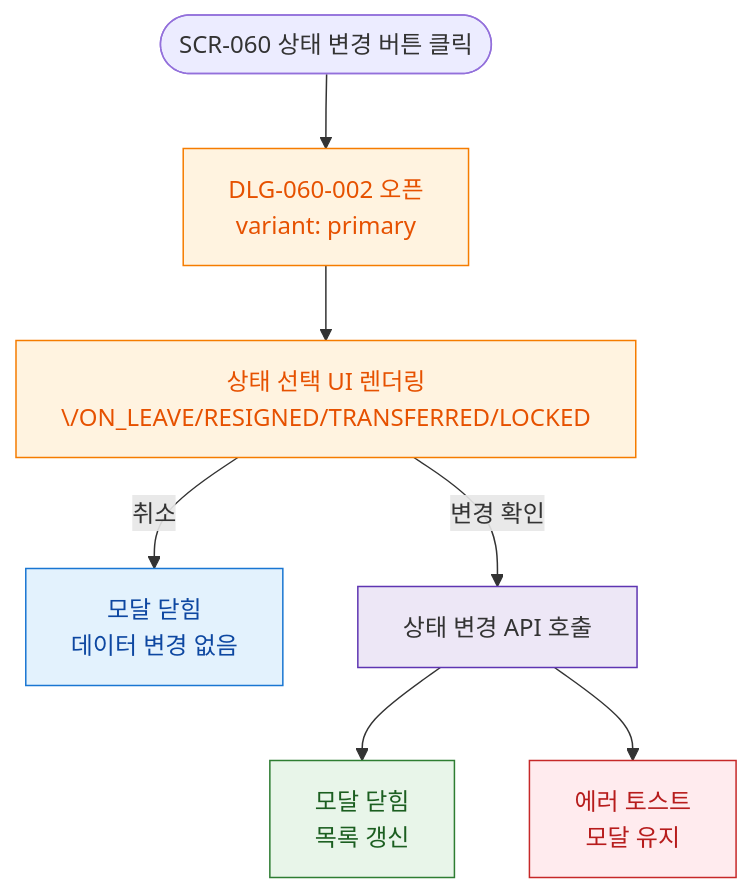
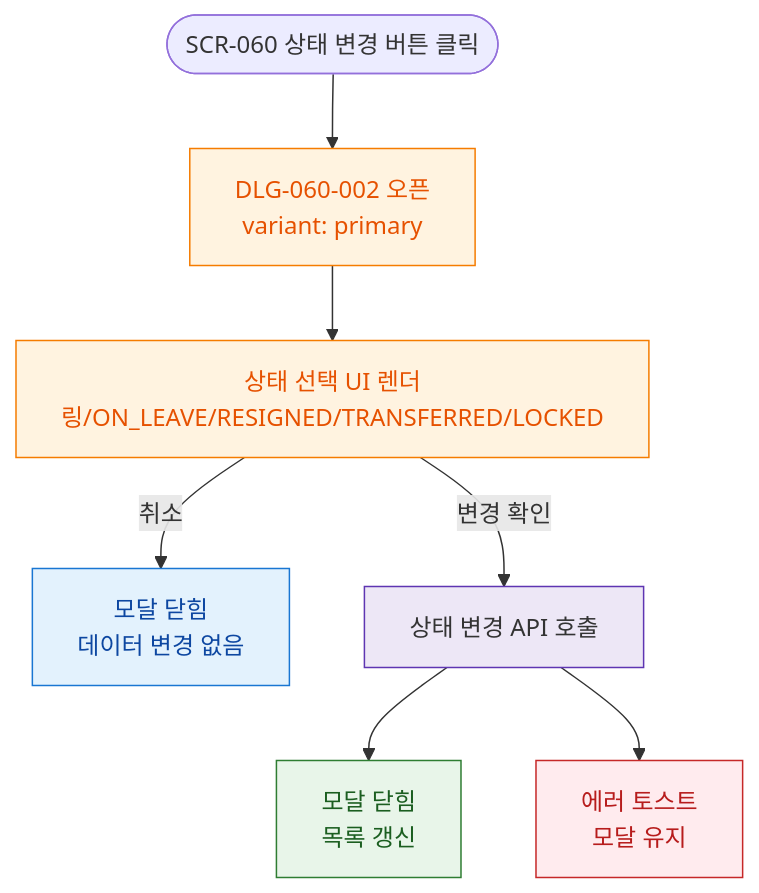
Before and after one commit to dev-spogym/admin-pando: the diagram in docs/admin/다이어그램/D07_직원관리/DLG/DLG-060-002/M1_모달생명주기.md, drawn with Mermaid. The commit also changed 369 other files, not shown here.

````diff
--- a/docs/admin/다이어그램/D07_직원관리/DLG/DLG-060-002/M1_모달생명주기.md
+++ b/docs/admin/다이어그램/D07_직원관리/DLG/DLG-060-002/M1_모달생명주기.md
@@ -12,25 +12,25 @@
 ```mermaid
 flowchart TD
   TRIGGER([SCR-060 상태 변경 버튼 클릭])
   TRIGGER --> OPEN[DLG-060-002 오픈\nvariant: primary]
 
-  OPEN --> RENDER[상태 선택 UI 렌더링\/ON_LEAVE/RESIGNED/TRANSFERRED/LOCKED]
+  OPEN --> RENDER[상태 선택 UI 렌더링/ON_LEAVE/RESIGNED/TRANSFERRED/LOCKED]
 
   RENDER -->|취소|CLOSE_CANCEL[모달 닫힘\n데이터 변경 없음]
   RENDER -->|변경 확인|SUBMIT[상태 변경 API 호출]
 
   SUBMIT --> CLOSE_OK[모달 닫힘\n목록 갱신]
   SUBMIT --> ERR[에러 토스트\n모달 유지]
 
   classDef screen fill:#E3F2FD,stroke:#1976D2,color:#0D47A1
   classDef modal fill:#FFF3E0,stroke:#F57C00,color:#E65100
   classDef success fill:#E8F5E9,stroke:#2E7D32,color:#1B5E20
   classDef error fill:#FFEBEE,stroke:#C62828,color:#B71C1C
   classDef system fill:#EDE7F6,stroke:#5E35B2
 
   class OPEN,RENDER modal
   class CLOSE_OK success
   class ERR error
   class SUBMIT system
   class CLOSE_CANCEL screen
 ```
````
